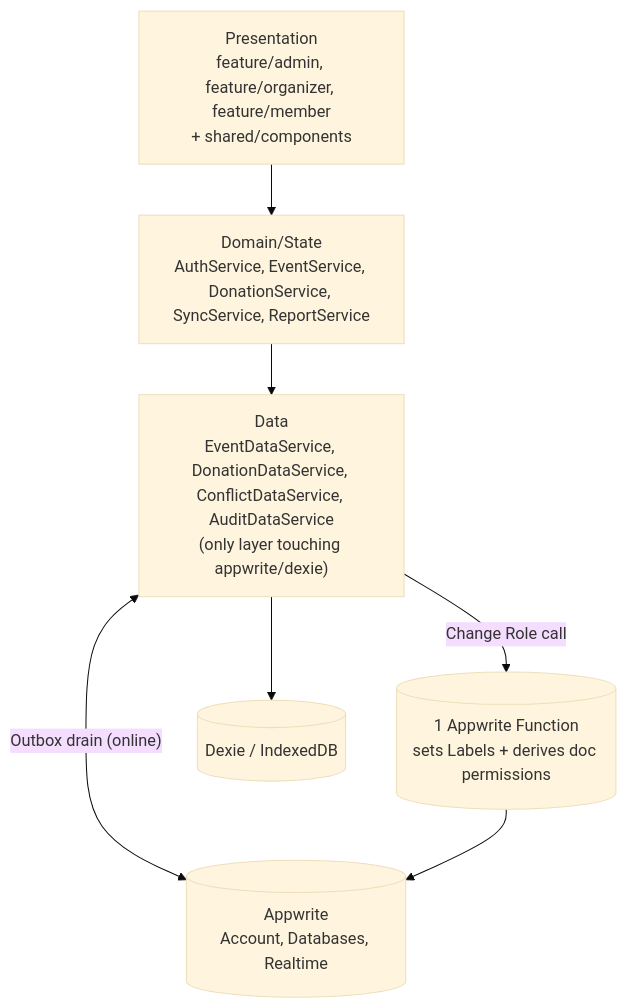
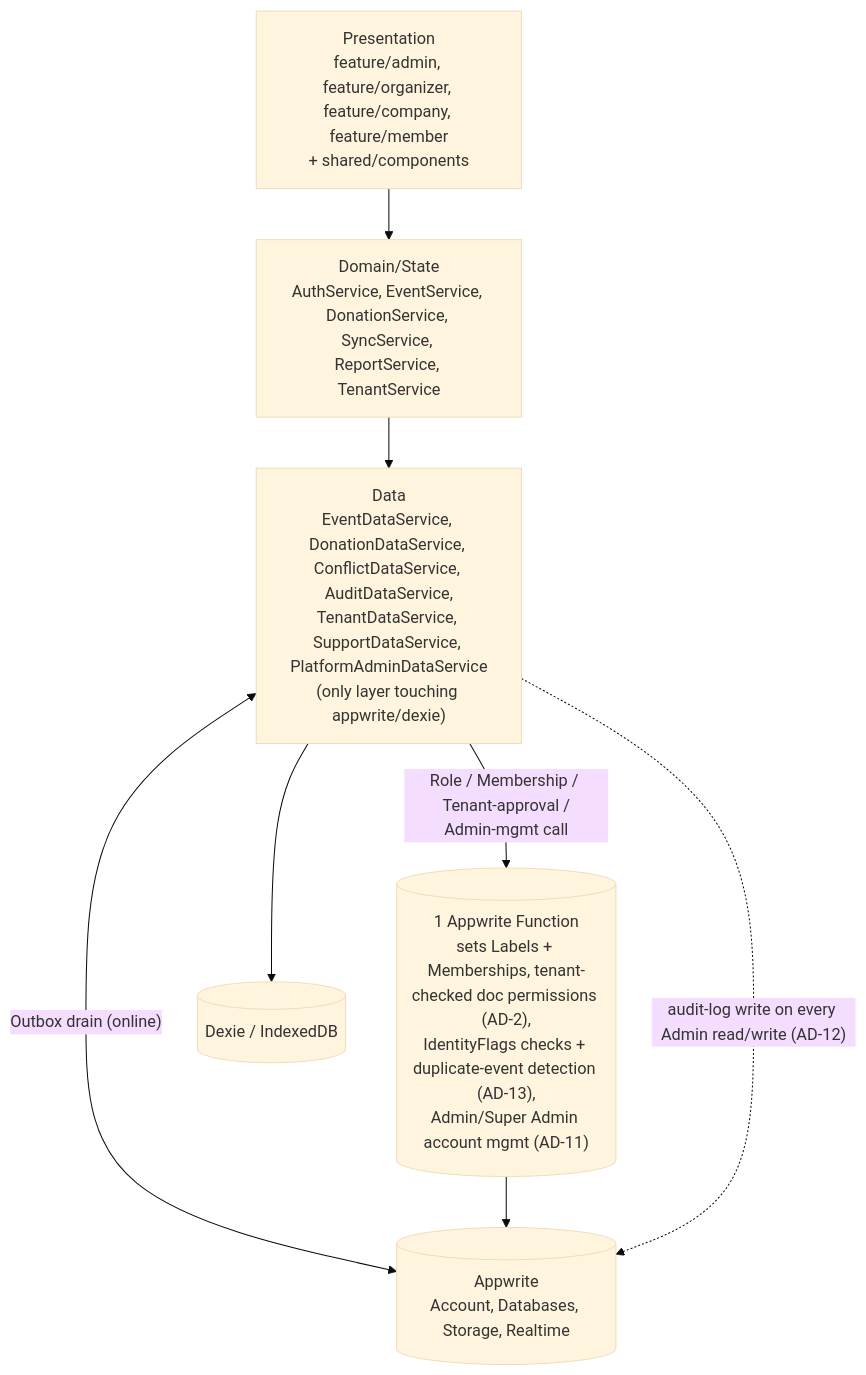
Before and after one commit to Bentil4/Givio: the first of 2 diagrams in _bmad-output/planning-artifacts/architecture/architecture-givio-2026-07-25/ARCHITECTURE-SPINE.md, drawn with Mermaid (base theme). The commit also changed other lines of this file and 30 other files, not shown here.

First line of the commit message:
docs: add Organizer Multi-Tenancy & Role Hierarchy planning artifacts

````diff
--- a/_bmad-output/planning-artifacts/architecture/architecture-givio-2026-07-25/ARCHITECTURE-SPINE.md
+++ b/_bmad-output/planning-artifacts/architecture/architecture-givio-2026-07-25/ARCHITECTURE-SPINE.md
@@ -31,14 +32,15 @@
 ```mermaid
 flowchart TD
-  Presentation["Presentation\nfeature/admin, feature/organizer, feature/member\n+ shared/components"]
-  Domain["Domain/State\nAuthService, EventService, DonationService, SyncService, ReportService"]
-  Data["Data\nEventDataService, DonationDataService, ConflictDataService, AuditDataService\n(only layer touching appwrite/dexie)"]
-  Function[("1 Appwrite Function\nsets Labels + derives doc permissions")]
-  Appwrite[("Appwrite\nAccount, Databases, Realtime")]
+  Presentation["Presentation\nfeature/admin, feature/organizer, feature/company, feature/member\n+ shared/components"]
+  Domain["Domain/State\nAuthService, EventService, DonationService, SyncService, ReportService, TenantService"]
+  Data["Data\nEventDataService, DonationDataService, ConflictDataService, AuditDataService,\nTenantDataService, SupportDataService, PlatformAdminDataService\n(only layer touching appwrite/dexie)"]
+  Function[("1 Appwrite Function\nsets Labels + Memberships, tenant-checked doc permissions (AD-2),\nIdentityFlags checks + duplicate-event detection (AD-13),\nAdmin/Super Admin account mgmt (AD-11)")]
+  Appwrite[("Appwrite\nAccount, Databases, Storage, Realtime")]
   Dexie[("Dexie / IndexedDB")]
 
   Presentation --> Domain --> Data
   Data --> Dexie
   Data <-- "Outbox drain (online)" --> Appwrite
-  Data -- "Change Role call" --> Function --> Appwrite
+  Data -- "Role / Membership / Tenant-approval /\nAdmin-mgmt call" --> Function --> Appwrite
+  Data -. "audit-log write on every Admin read/write (AD-12)" .-> Appwrite
 ```
````
